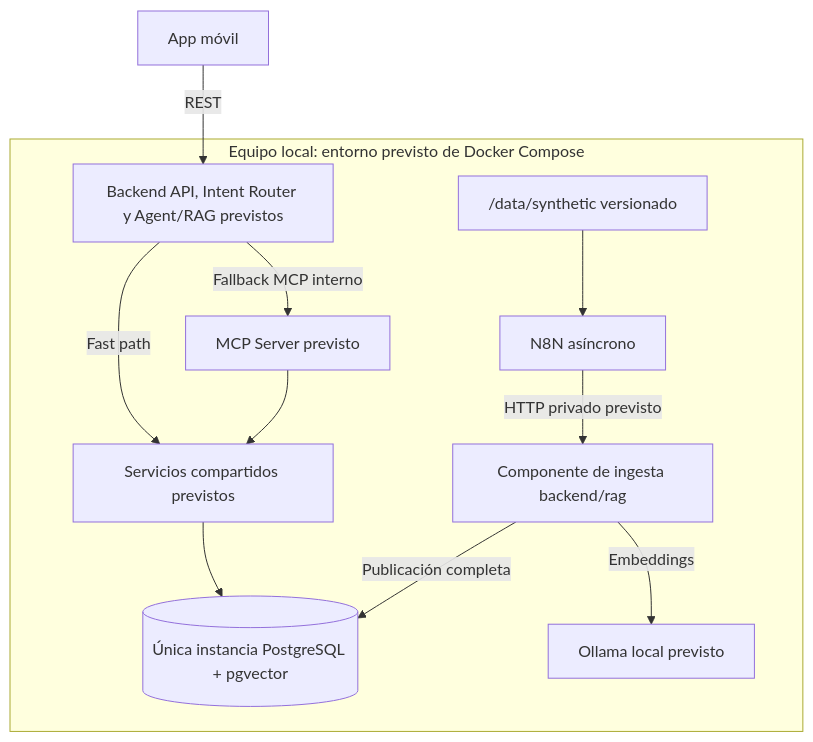
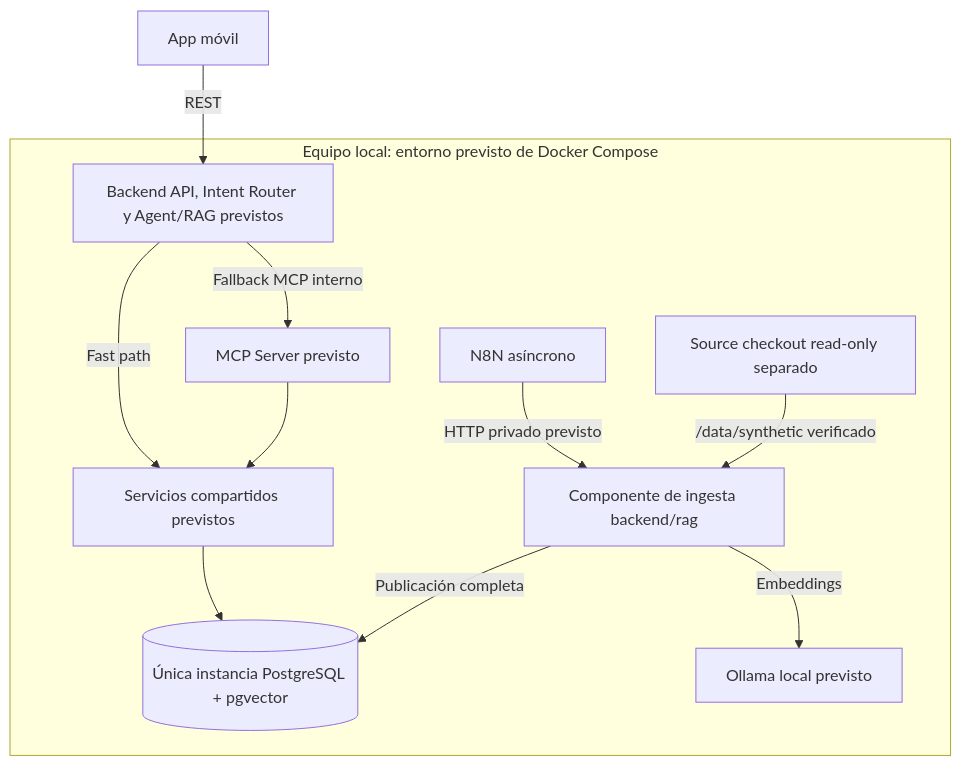
Before and after one commit to XeyKG/BanuChat_: the third of 3 diagrams in docs/arquitectura.md, drawn with Mermaid. The commit also changed other lines of this file and 3 other files, not shown here.

````diff
--- a/docs/arquitectura.md
+++ b/docs/arquitectura.md
@@ -97,14 +105,14 @@
 ```mermaid
 flowchart TB
     M["App móvil"] -->|"REST"| B["Backend API, Intent Router y Agent/RAG previstos"]
     subgraph LOCAL["Equipo local: entorno previsto de Docker Compose"]
         B -->|"Fallback MCP interno"| C["MCP Server previsto"]
         B -->|"Fast path"| S["Servicios compartidos previstos"]
         C --> S
         S --> P[("Única instancia PostgreSQL + pgvector")]
         N["N8N asíncrono"] -->|"HTTP privado previsto"| I["Componente de ingesta backend/rag"]
         I -->|"Publicación completa"| P
         I -->|"Embeddings"| O["Ollama local previsto"]
-        D["/data/synthetic versionado"] --> N
+        D["Source checkout read-only separado"] -->|"/data/synthetic verificado"| I
     end
 ```
````
